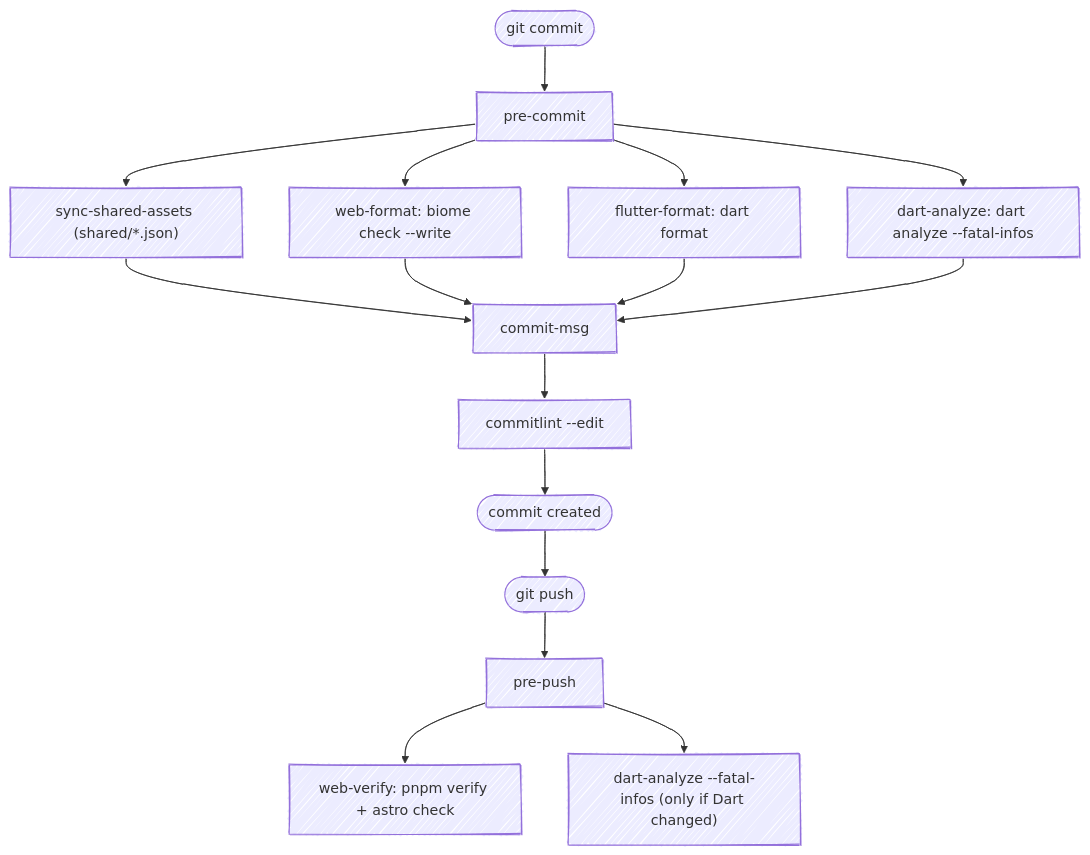
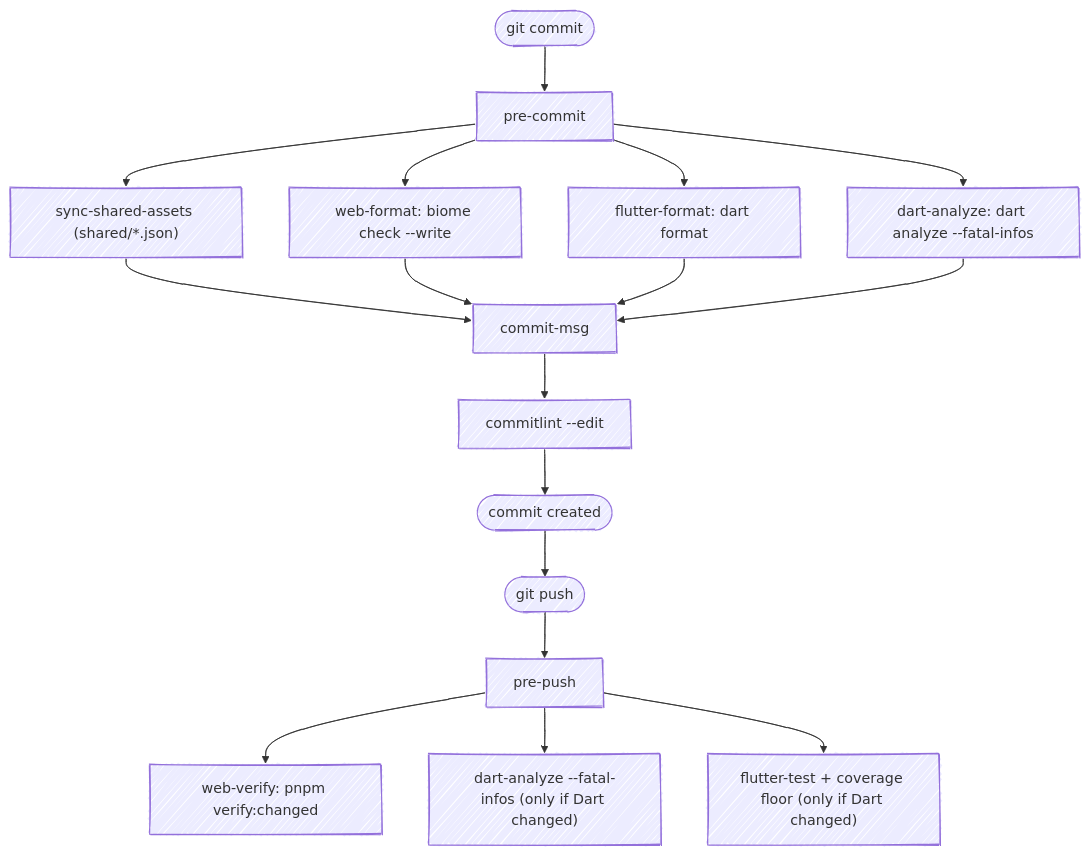
Before and after one commit to fbuireu/contribKit: the diagram in docs/wiki/Git-Hooks.md, drawn with Mermaid. The commit also changed other lines of this file and 18 other files, not shown here.

````diff
--- a/docs/wiki/Git-Hooks.md
+++ b/docs/wiki/Git-Hooks.md
@@ -46,18 +46,19 @@
 ```mermaid
 ---
 config:
   look: handDrawn
 ---
 flowchart TD
     commit(["git commit"]) --> pc["pre-commit"]
     pc --> sync["sync-shared-assets (shared/*.json)"]
     pc --> webfmt["web-format: biome check --write"]
     pc --> dartfmt["flutter-format: dart format"]
     pc --> analyze["dart-analyze: dart analyze --fatal-infos"]
     sync & webfmt & dartfmt & analyze --> cm["commit-msg"]
     cm --> lint["commitlint --edit"]
     lint --> done(["commit created"])
     done --> push(["git push"]) --> pp["pre-push"]
-    pp --> webcheck["web-verify: pnpm verify + astro check"]
+    pp --> webcheck["web-verify: pnpm verify:changed"]
     pp --> dartcheck["dart-analyze --fatal-infos (only if Dart changed)"]
+    pp --> fluttertest["flutter-test + coverage floor (only if Dart changed)"]
 ```
````
